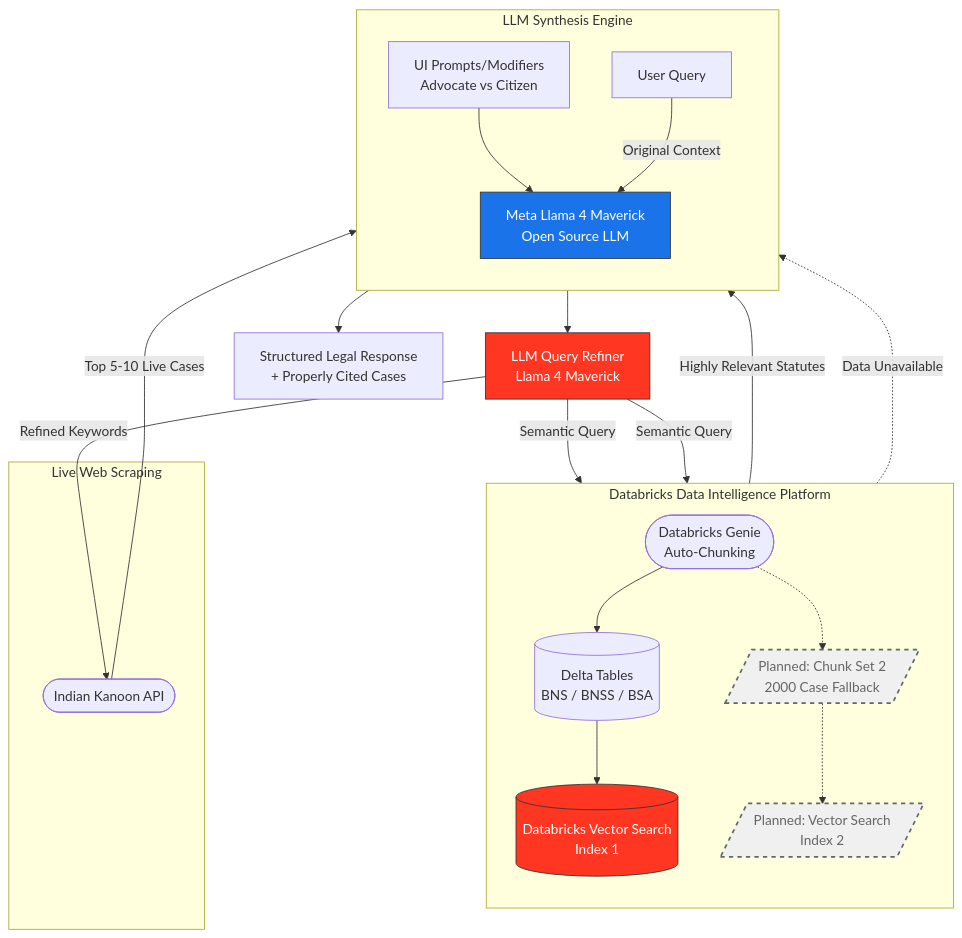
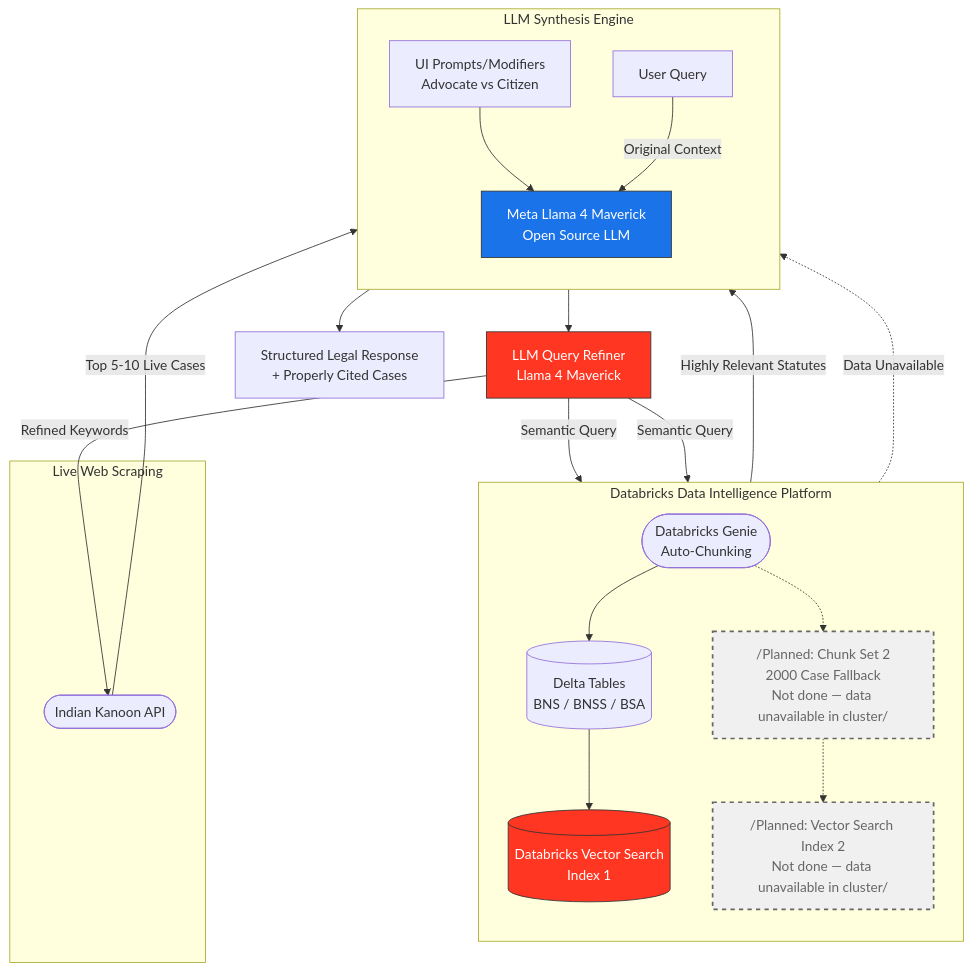
Before and after one commit to gaganTakIITD/NyaaAIk: the first of 2 diagrams in README.md, drawn with Mermaid. The commit also changed other lines of this file, not shown here.

Commit message:
docs: add fallback note, setup_vector_search and run_benchmark to pipeline diagram and repo structure

````diff
--- a/README.md
+++ b/README.md
@@ -45,49 +45,49 @@
 ```mermaid
 flowchart TD
     %% Base Inputs
     U[User Query] --> Refiner[LLM Query Refiner<br/>Llama 4 Maverick]
 
     %% Ingestion & Vector Search Pipeline
     subgraph DataPlatform[Databricks Data Intelligence Platform]
         direction TB
         BNS[(Delta Tables<br/>BNS / BNSS / BSA)]
-        FallBk[/"Planned: Chunk Set 2<br/>2000 Case Fallback"/]
+        FallBk["/Planned: Chunk Set 2<br/>2000 Case Fallback<br/>Not done — data unavailable in cluster"/]
 
         Genie([Databricks Genie<br/>Auto-Chunking]) --> BNS
         Genie -.-> FallBk
 
         BNS --> VS1[(Databricks Vector Search<br/>Index 1)]
-        FallBk -.-> VS2[/"Planned: Vector Search<br/>Index 2"/]
+        FallBk -.-> VS2["/Planned: Vector Search Index 2<br/>Not done — data unavailable in cluster"/]
     end
 
     %% Live Searching
     subgraph WebScraping[Live Web Scraping]
         Kanoon([Indian Kanoon API])
     end
 
     %% Retrieval Layer
     Refiner -- Semantic Query --> VS1 & VS2
     Refiner -- Refined Keywords --> Kanoon
 
     VS1 -- Highly Relevant Statutes --> Synth
     VS2 -.->|Data Unavailable| Synth
     Kanoon -- Top 5-10 Live Cases --> Synth
 
     %% Synthesis Layer
     subgraph LLM[LLM Synthesis Engine]
         direction TB
         Persona["UI Prompts/Modifiers<br/>Advocate vs Citizen"] --> Synth["Meta Llama 4 Maverick<br/>Open Source LLM"]
         U -- Original Context --> Synth
     end
 
     %% Output
     Synth --> Out["Structured Legal Response<br/>+ Properly Cited Cases"]
 
     classDef db fill:#ff3621,stroke:#333,stroke-width:1px,color:#fff;
     classDef os fill:#1a73e8,stroke:#333,stroke-width:1px,color:#fff;
     classDef planned fill:#f0f0f0,stroke:#666,stroke-width:2px,stroke-dasharray: 5 5,color:#666;
 
     class VS1,Refiner db;
     class Synth os;
     class FallBk,VS2 planned;
 ```
````
